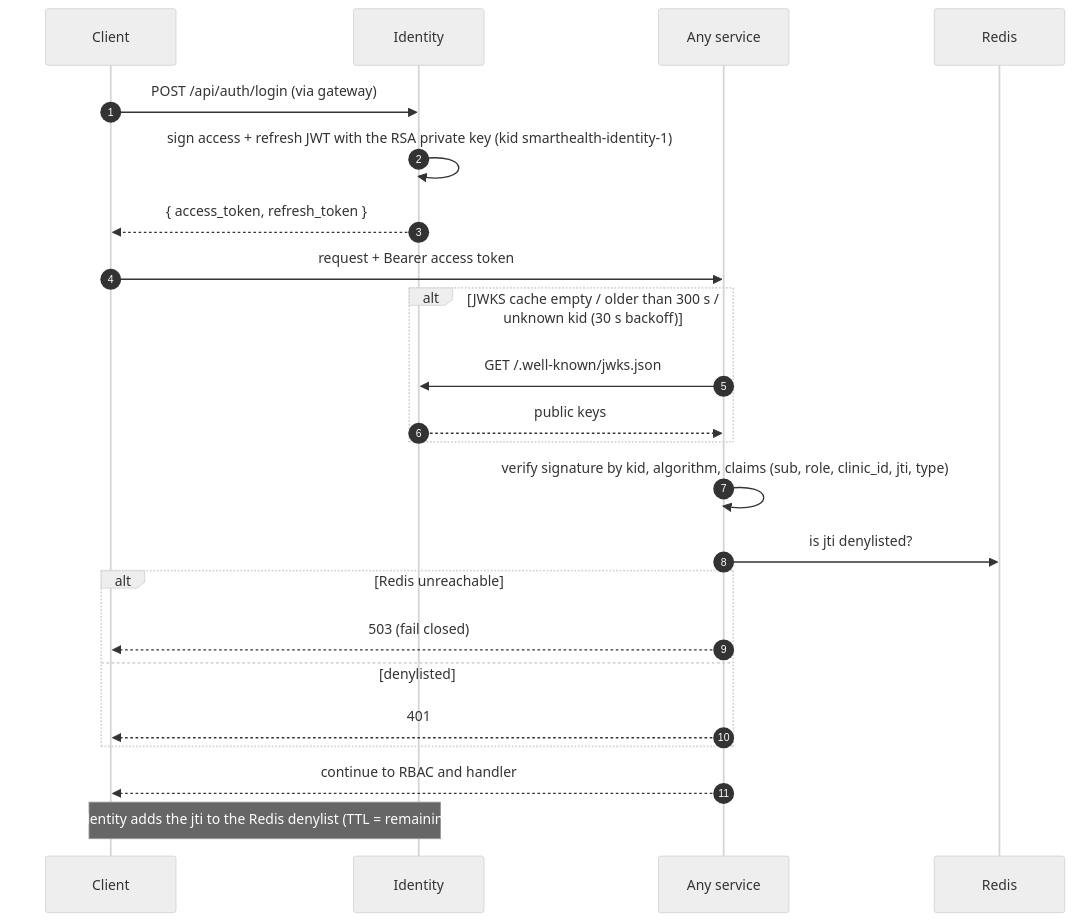
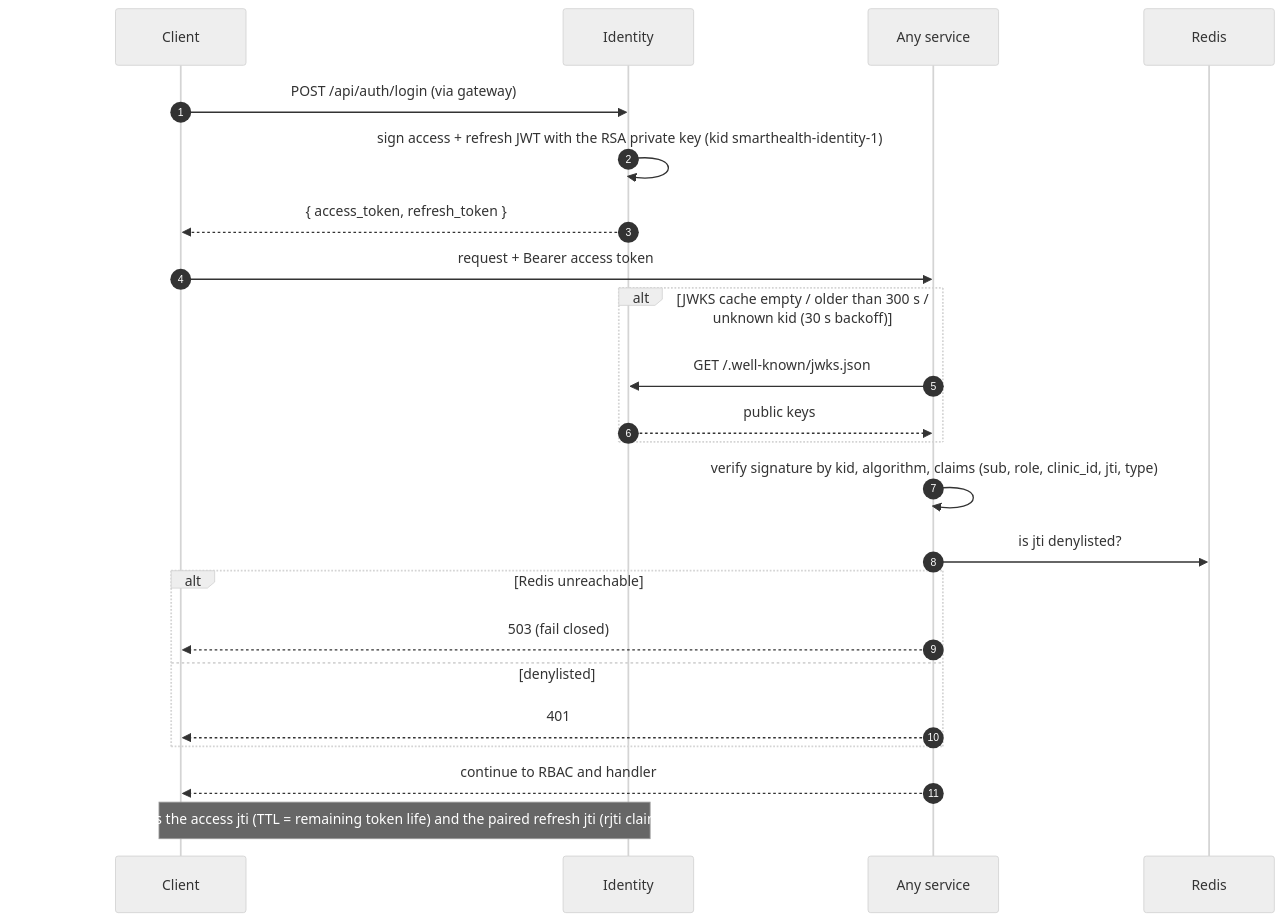
The ninth of 11 diagrams in docs/architecture.md (umarEmumba/smarthealth), drawn with Mermaid (neutral theme) before and after one commit. The commit also changed other lines of this file and 4 other files, not shown here.

First line of the commit message:
docs(02.1-13): README, architecture doc and ERD describe the Phase 2.1 system

````diff
--- a/docs/architecture.md
+++ b/docs/architecture.md
@@ -357,28 +594,28 @@
 ```mermaid
 sequenceDiagram
     autonumber
     participant U as Client
     participant ID as Identity
     participant SVC as Any service
     participant RD as Redis
 
     U->>ID: POST /api/auth/login (via gateway)
     ID->>ID: sign access + refresh JWT with the RSA private key (kid smarthealth-identity-1)
     ID-->>U: { access_token, refresh_token }
 
     U->>SVC: request + Bearer access token
     alt JWKS cache empty / older than 300 s / unknown kid (30 s backoff)
         SVC->>ID: GET /.well-known/jwks.json
         ID-->>SVC: public keys
     end
     SVC->>SVC: verify signature by kid, algorithm, claims (sub, role, clinic_id, jti, type)
     SVC->>RD: is jti denylisted?
     alt Redis unreachable
         SVC-->>U: 503 (fail closed)
     else denylisted
         SVC-->>U: 401
     end
     SVC-->>U: continue to RBAC and handler
 
-    Note over U,ID: Logout → Identity adds the jti to the Redis denylist (TTL = remaining token life)
+    Note over U,ID: Logout → Identity adds the access jti (TTL = remaining token life) and the paired refresh jti (rjti claim) to the Redis denylist
 ```
````
